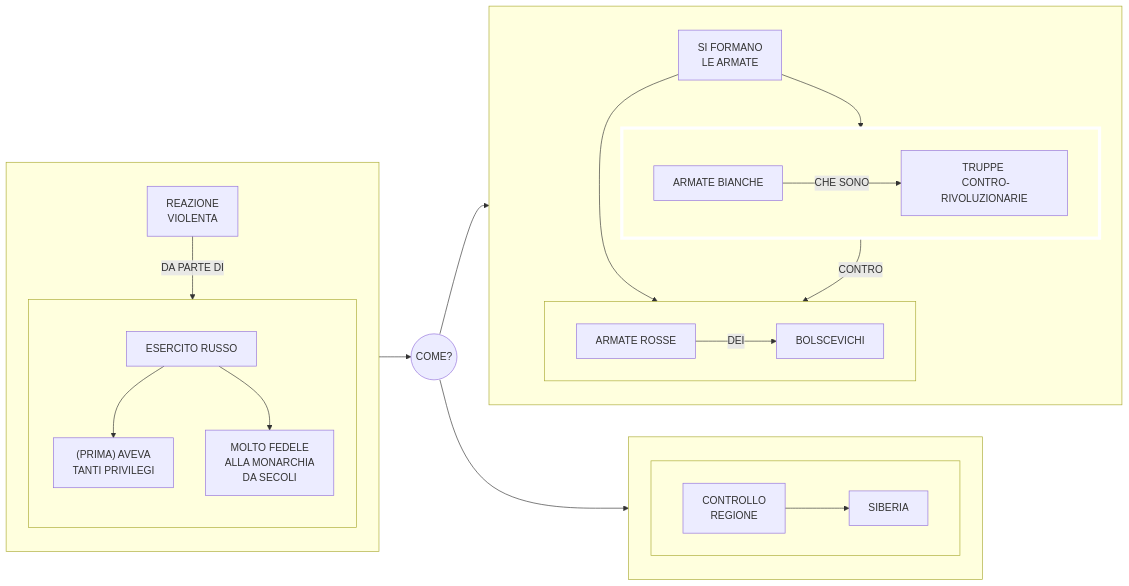
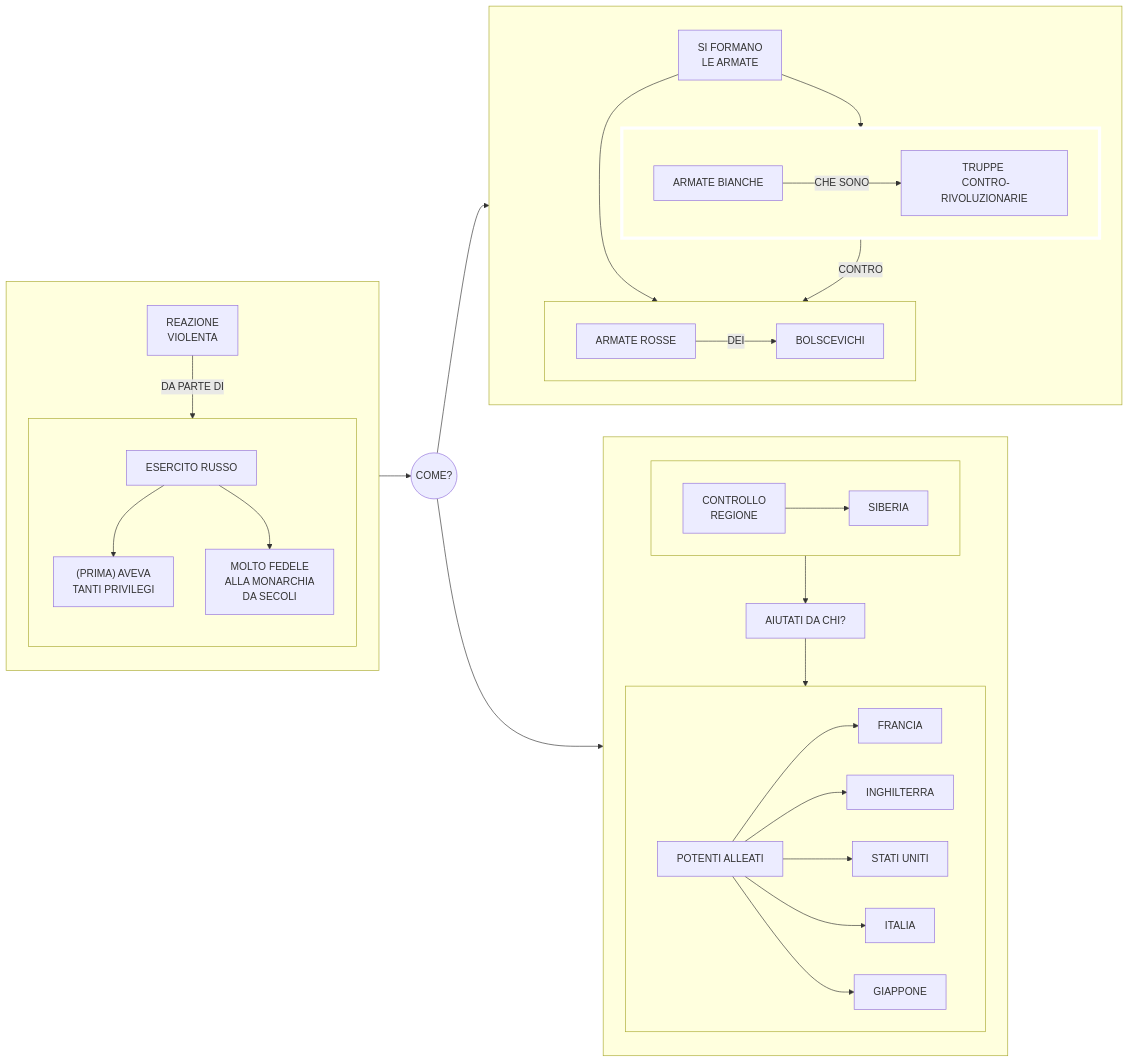
Before and after one commit to Laaouatni/ricerca-storia-MermaidJS: the sixth of 6 diagrams in stalinismo.md, drawn with Mermaid.

````diff
--- a/stalinismo.md
+++ b/stalinismo.md
@@ -238,40 +238,52 @@
 ```mermaid
 flowchart LR
     subgraph 020[" "]
         0200[REAZIONE <br> VIOLENTA]
         subgraph 021[" "]
             direction TB;
             0210[ESERCITO RUSSO]
             02100["(PRIMA) AVEVA <BR> TANTI PRIVILEGI"]
             02101[MOLTO FEDELE <BR> ALLA MONARCHIA <BR> DA SECOLI]
             0210 --> 02100 & 02101
         end
         0200 -->|DA PARTE DI| 021
     end
     04((COME?))
     04 --> 1 & 2
     020 --> 04  
     subgraph 1[" "]
         10[SI FORMANO <br> LE ARMATE]
         subgraph 100[" "]
             1000[ARMATE BIANCHE]
             10000[TRUPPE <BR> CONTRO-RIVOLUZIONARIE]
             1000 -->|CHE SONO| 10000
         end
         style 100 stroke:#FFFFFF, stroke-width:5px;
         subgraph 101[" "]
             1010[ARMATE ROSSE]
             10100[BOLSCEVICHI]
             1010 -->|DEI| 10100
         end
         10 --> 100 & 101
         100 --> |CONTRO| 101
     end
     subgraph 2[" "]
         subgraph 20[" "]
             200[CONTROLLO <br> REGIONE]
             2000[SIBERIA]
             200 --> 2000
         end
+        21[AIUTATI DA CHI?]
+        subgraph 22[" "]
+            23[POTENTI ALLEATI]
+            230[FRANCIA]
+            231[INGHILTERRA]
+            232[STATI UNITI]
+            233[ITALIA]
+            234[GIAPPONE]
+            23 --> 230 & 231 & 232 & 233 & 234
+        end
+        20 --> 21 --> 22
+        
     end
 ```
````
